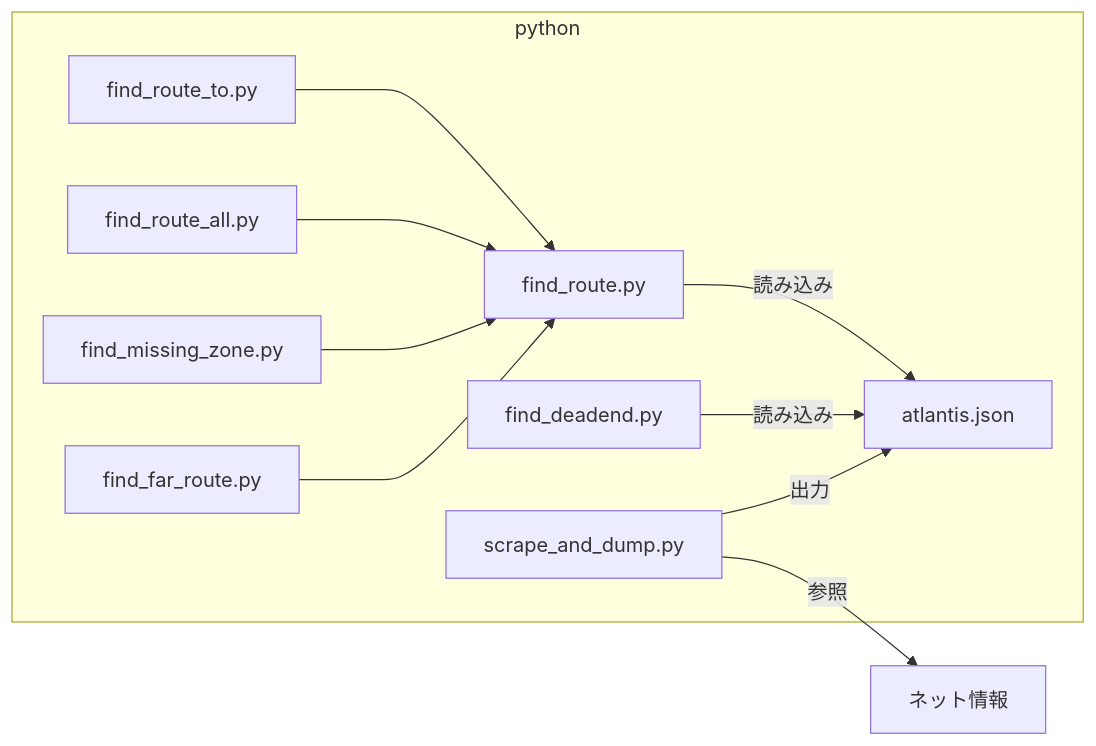
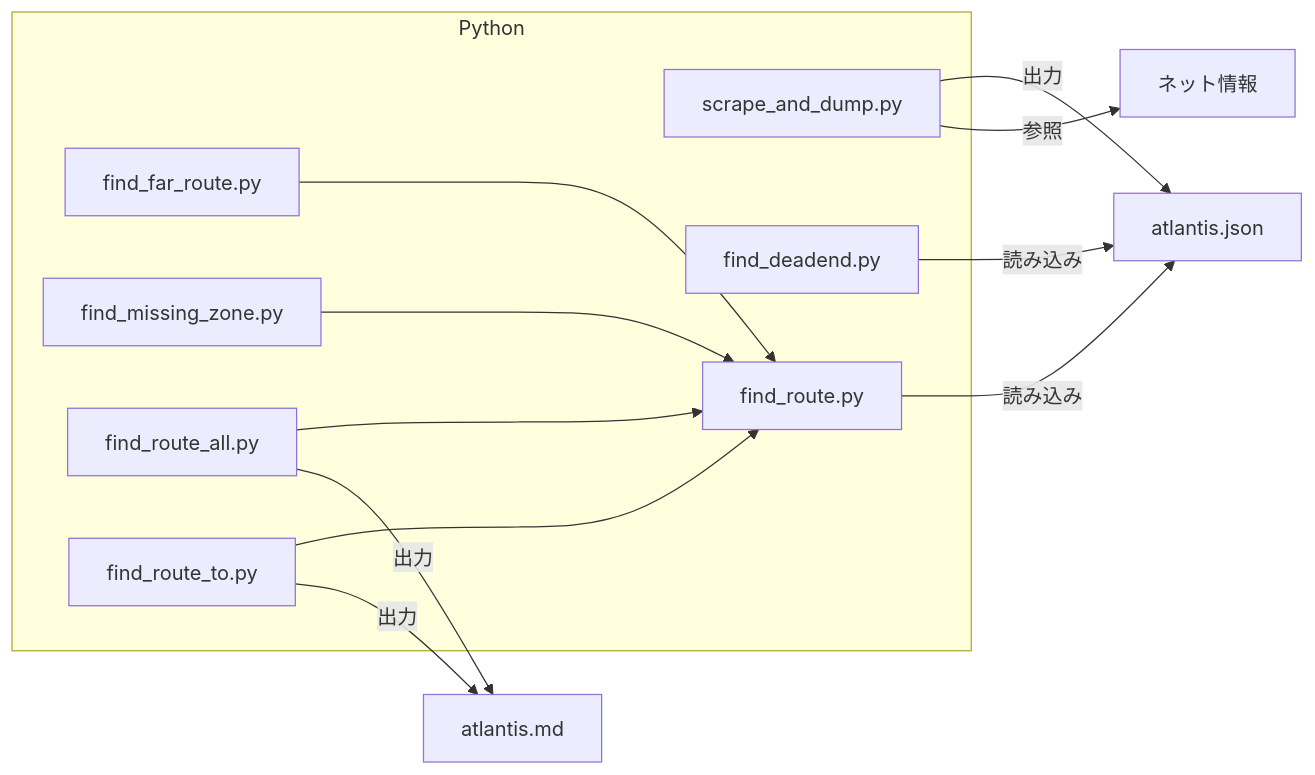
The diagram in README.md (iariro/Atlantis), drawn with Mermaid before and after one commit.

Commit message:
README.md追記

````diff
--- a/README.md
+++ b/README.md
@@ -6,13 +6,26 @@
 ```mermaid
 graph LR
-	subgraph python
 	scrape_and_dump[scrape_and_dump.py] -- 出力 --> json[atlantis.json]
 	find_deadend[find_deadend.py] -- 読み込み --> json
 	find_far_route[find_far_route.py] ---> find_route
 	find_missing_zone[find_missing_zone.py] ---> find_route
 	find_route[find_route.py] -- 読み込み --> json
 	find_route_all[find_route_all.py] ---> find_route
 	find_route_to[find_route_to.py] ---> find_route
+	scrape_and_dump -- 参照 --> net[ネット情報]
+	find_route_to -- 出力 --> md[atlantis.md]
+	find_route_all -- 出力 --> md[atlantis.md]
+
+	subgraph Python
+	scrape_and_dump
+	find_deadend
+	find_far_route
+	find_missing_zone
+	find_route
+	find_route_all
+	find_route_to
+	scrape_and_dump
+	find_route_to
+	find_route_all
 	end
-	scrape_and_dump -- 参照 --> net[ネット情報]
 ```
````
